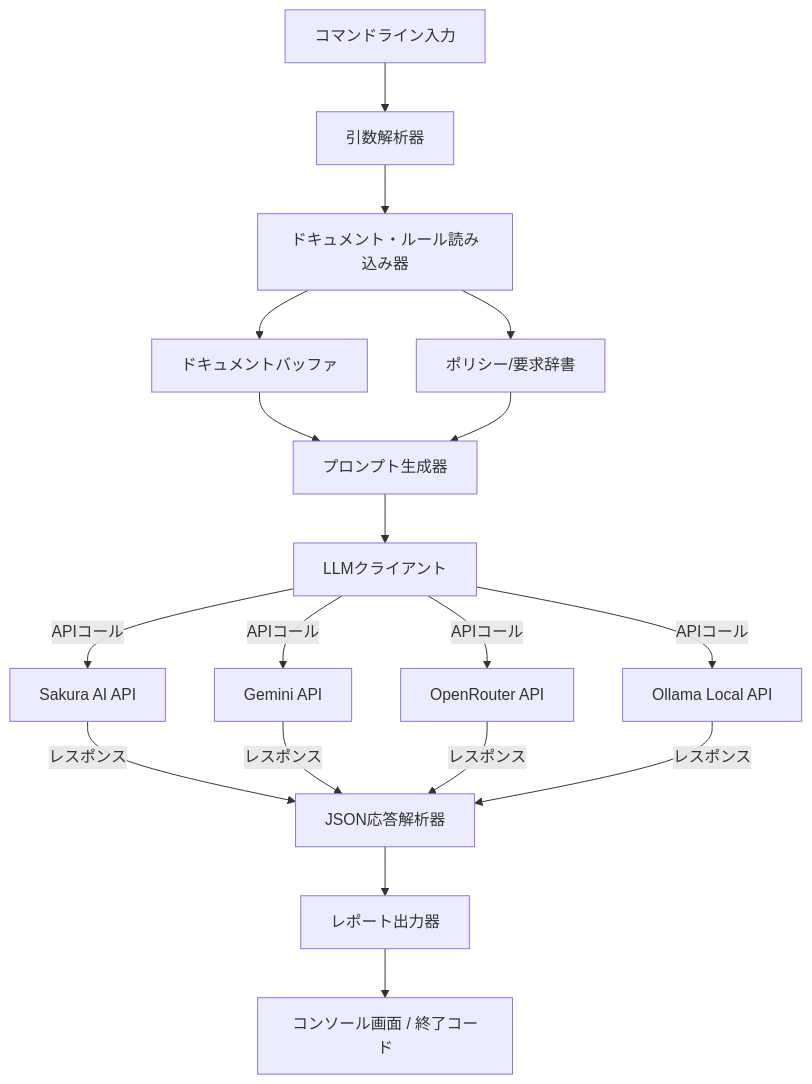
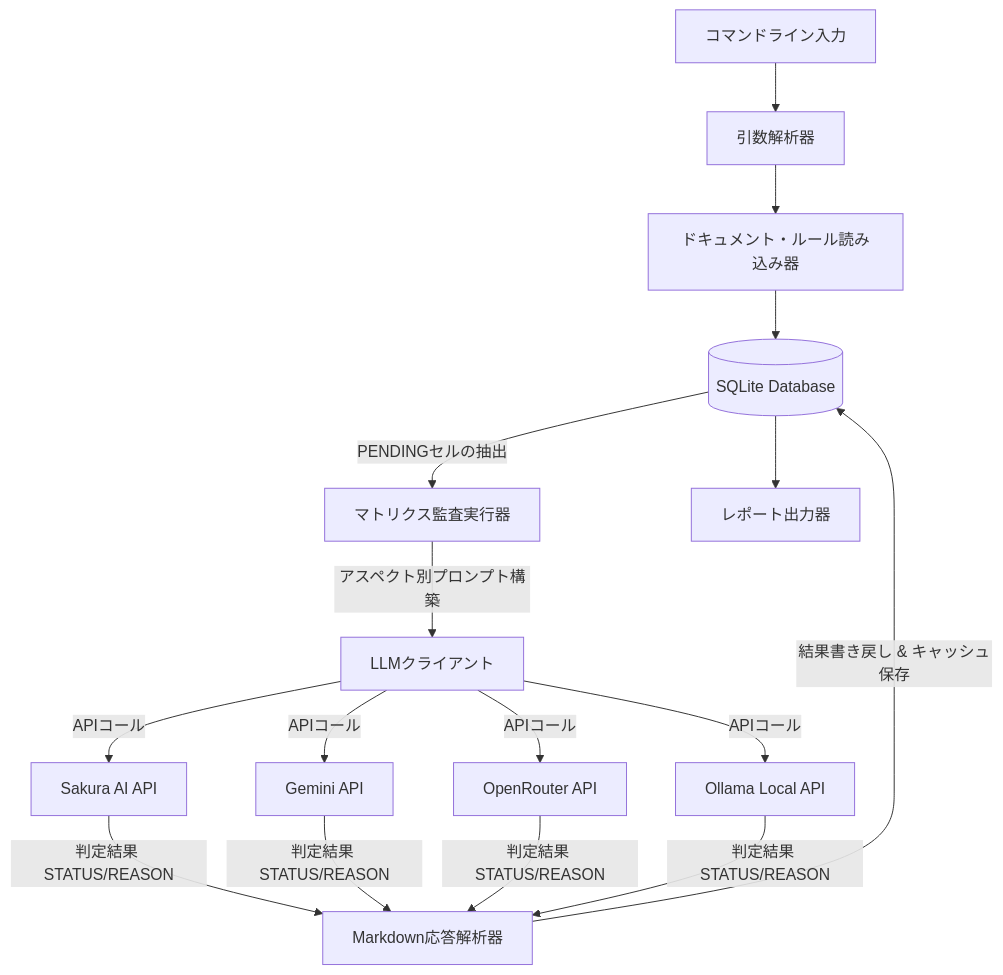
Before and after one commit to kmt-t/fireball: the diagram in tools/docs/test_doc.md, drawn with Mermaid. The commit also changed other lines of this file and 44 other files, not shown here.

````diff
--- a/tools/docs/test_doc.md
+++ b/tools/docs/test_doc.md
@@ -32,19 +29,18 @@
 ```mermaid
 graph TD
     CLI[コマンドライン入力] --> CLI_Parser[引数解析器]
     CLI_Parser --> Loader[ドキュメント・ルール読み込み器]
-    Loader --> DocBuf[ドキュメントバッファ]
-    Loader --> PolicyDict[ポリシー/要求辞書]
+    Loader --> DB[(SQLite Database)]
     
-    DocBuf & PolicyDict --> PromptGen[プロンプト生成器]
-    PromptGen --> Client[LLMクライアント]
+    DB -->|PENDINGセルの抽出| MatrixAudit[マトリクス監査実行器]
+    MatrixAudit -->|アスペクト別プロンプト構築| Client[LLMクライアント]
     
     Client -->|APIコール| Sakura[Sakura AI API]
     Client -->|APIコール| Gemini[Gemini API]
     Client -->|APIコール| OR[OpenRouter API]
     Client -->|APIコール| Ollama[Ollama Local API]
     
-    Sakura & Gemini & OR & Ollama -->|レスポンス| Parser[JSON応答解析器]
-    Parser --> Reporter[レポート出力器]
-    Reporter --> Screen[コンソール画面 / 終了コード]
+    Sakura & Gemini & OR & Ollama -->|判定結果 STATUS/REASON| Parser[Markdown応答解析器]
+    Parser -->|結果書き戻し & キャッシュ保存| DB
+    DB --> Reporter[レポート出力器]
 ```
````
